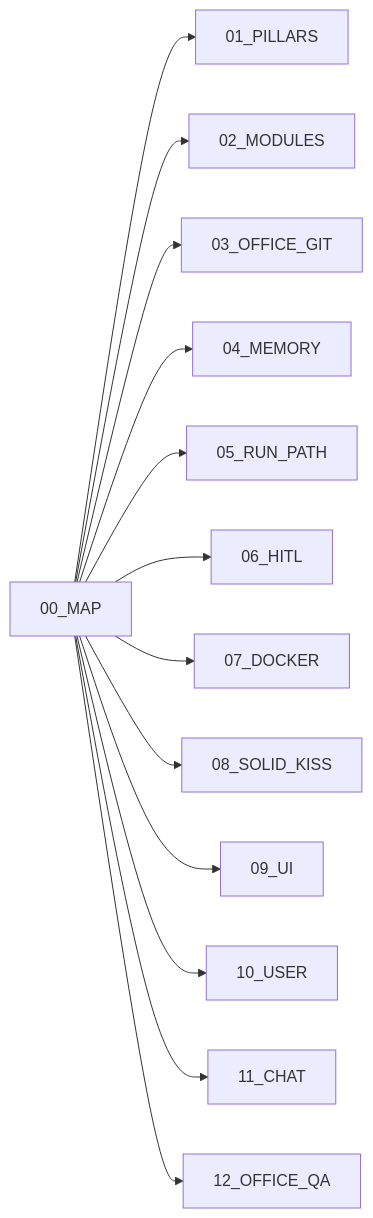
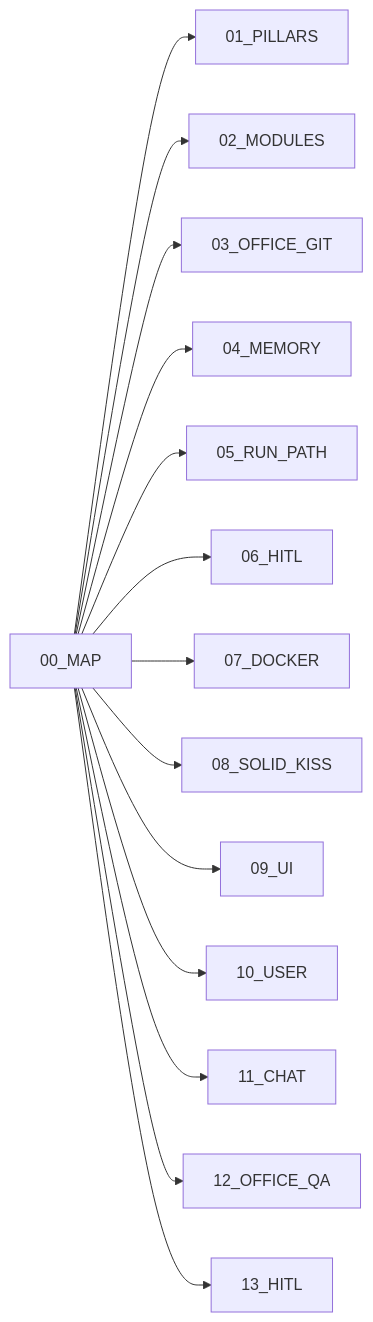
One commit to abhishekjasani/AgentAnyStack changed the diagram in docs/architecture/00_MAP.md. Above: the diagram before and after it, drawn with Mermaid. The commit also changed other lines of this file and 4 other files, not shown here.

Commit message:
feat: update README and architecture docs for HITL approval board implementation

````diff
--- a/docs/architecture/00_MAP.md
+++ b/docs/architecture/00_MAP.md
@@ -5,15 +5,16 @@
 ```mermaid
 flowchart LR
     MAP[00_MAP] --> P[01_PILLARS]
     MAP --> M[02_MODULES]
     MAP --> O[03_OFFICE_GIT]
     MAP --> MEM[04_MEMORY]
     MAP --> R[05_RUN_PATH]
     MAP --> H[06_HITL]
     MAP --> D[07_DOCKER]
     MAP --> S[08_SOLID_KISS]
     MAP --> U[09_UI]
     MAP --> USR[10_USER]
     MAP --> CH[11_CHAT]
     MAP --> OQ[12_OFFICE_QA]
+    MAP --> H13[13_HITL]
 ```
````
